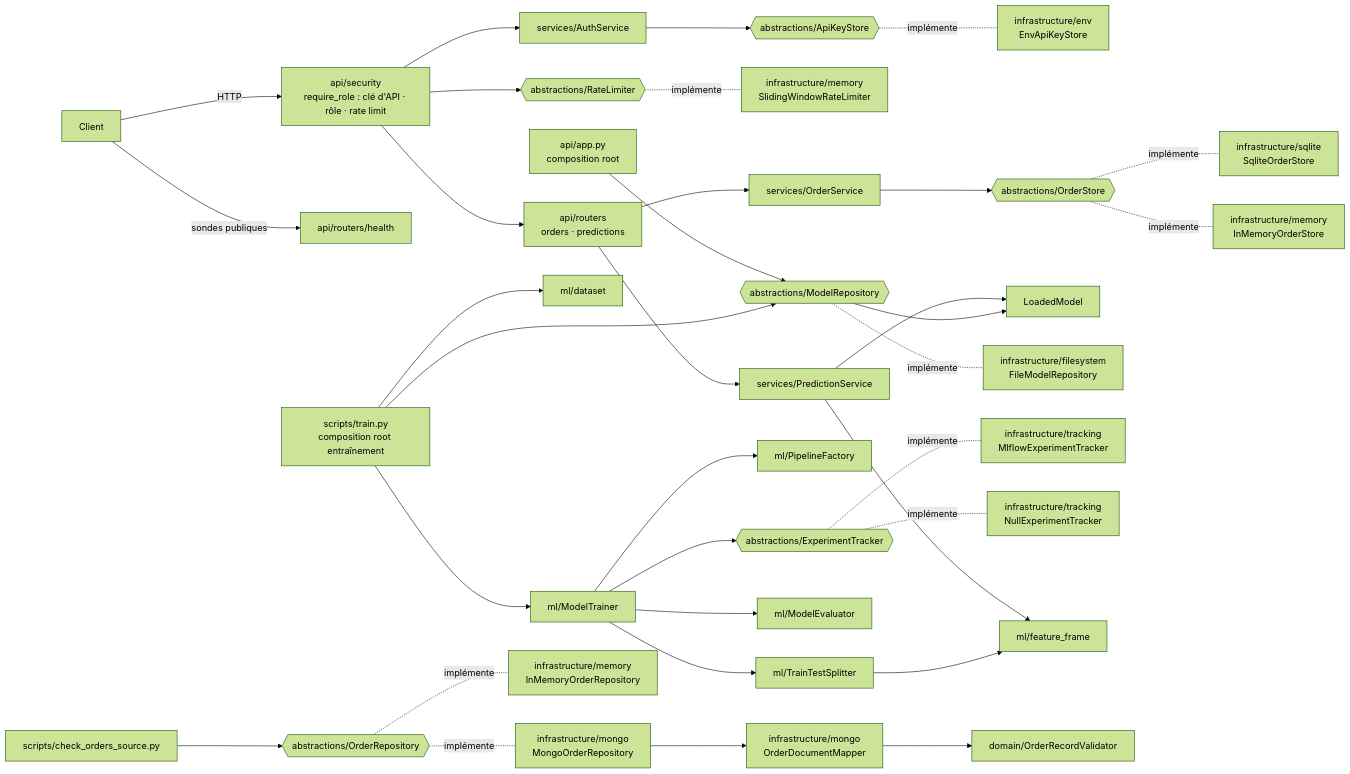
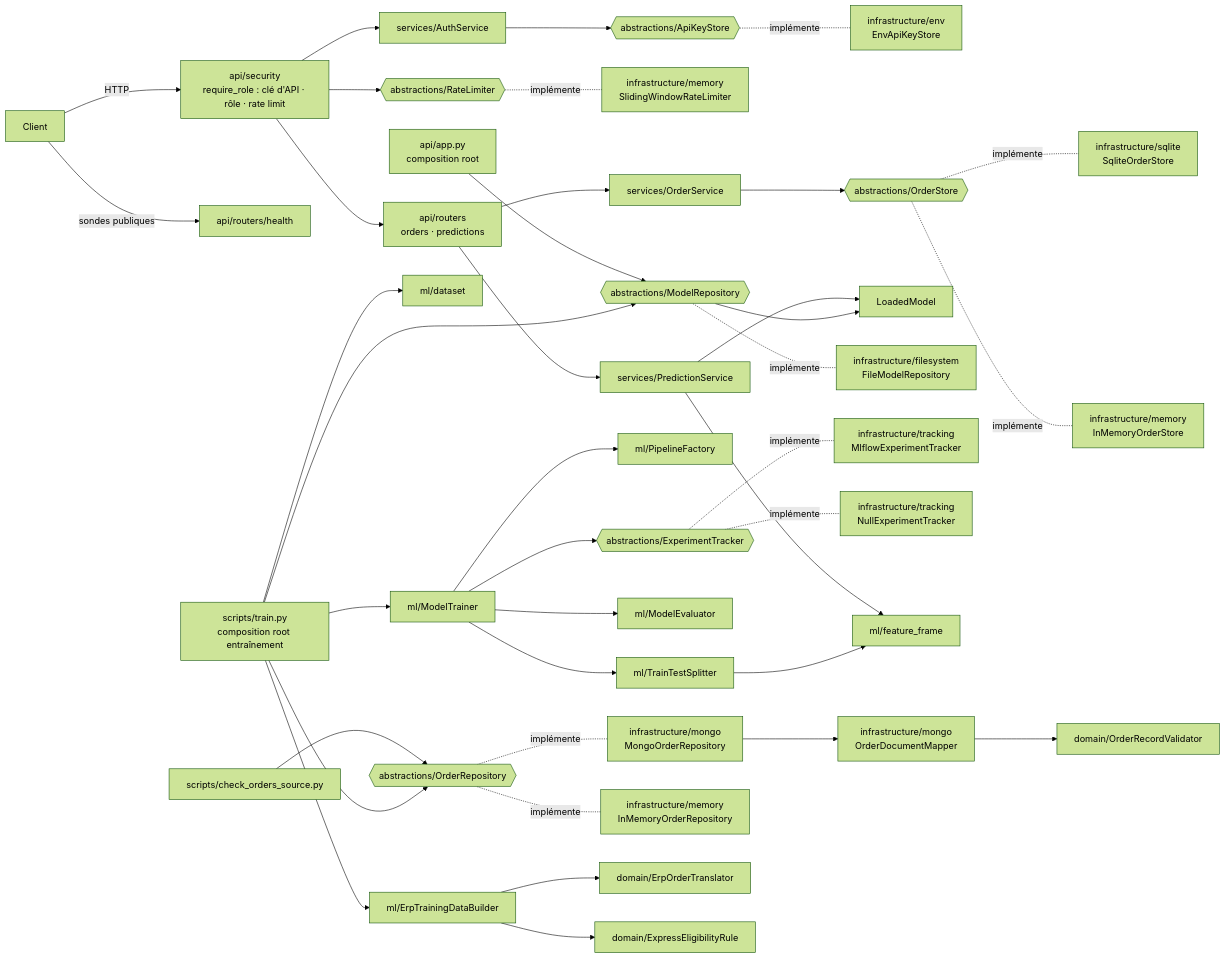
Before and after one commit to Min3r0/Industrialisation_IA_Cloud: the first of 2 diagrams in docs/architecture.md, drawn with Mermaid (forest theme). The commit also changed other lines of this file and 13 other files, not shown here.

````diff
--- a/docs/architecture.md
+++ b/docs/architecture.md
@@ -14,36 +14,40 @@
 ```mermaid
 flowchart LR
     Client -->|HTTP| SEC[api/security<br/>require_role : clé d'API · rôle · rate limit]
     Client -->|sondes publiques| H[api/routers/health]
     SEC --> API[api/routers<br/>orders · predictions]
     SEC --> AS[services/AuthService]
     AS --> KSP{{abstractions/ApiKeyStore}}
     SEC --> RLP{{abstractions/RateLimiter}}
     KSP -.implémente.- ENV[infrastructure/env<br/>EnvApiKeyStore]
     RLP -.implémente.- SW[infrastructure/memory<br/>SlidingWindowRateLimiter]
     API --> OS[services/OrderService]
     API --> PS[services/PredictionService]
     OS --> OSP{{abstractions/OrderStore}}
     PS --> LM[LoadedModel]
     APP[api/app.py<br/>composition root] --> MRP{{abstractions/ModelRepository}}
     MRP --> LM
     OSP -.implémente.- SQL[infrastructure/sqlite<br/>SqliteOrderStore]
     OSP -.implémente.- MEM[infrastructure/memory<br/>InMemoryOrderStore]
     MRP -.implémente.- FS[infrastructure/filesystem<br/>FileModelRepository]
     TRAIN[scripts/train.py<br/>composition root entraînement] --> DS[ml/dataset]
     TRAIN --> MT[ml/ModelTrainer]
     MT --> PF[ml/PipelineFactory]
     MT --> SP[ml/TrainTestSplitter]
     MT --> EV[ml/ModelEvaluator]
     MT --> ETP{{abstractions/ExperimentTracker}}
     ETP -.implémente.- MLF[infrastructure/tracking<br/>MlflowExperimentTracker]
     ETP -.implémente.- NUL[infrastructure/tracking<br/>NullExperimentTracker]
     PS --> FF[ml/feature_frame]
     SP --> FF
     TRAIN --> MRP
     CHK[scripts/check_orders_source.py] --> ORP{{abstractions/OrderRepository}}
     ORP -.implémente.- MGR[infrastructure/mongo<br/>MongoOrderRepository]
     ORP -.implémente.- MER[infrastructure/memory<br/>InMemoryOrderRepository]
     MGR --> MAP[infrastructure/mongo<br/>OrderDocumentMapper]
     MAP --> VAL[domain/OrderRecordValidator]
+    TRAIN --> ORP
+    TRAIN --> EDB[ml/ErpTrainingDataBuilder]
+    EDB --> TRL[domain/ErpOrderTranslator]
+    EDB --> RUL[domain/ExpressEligibilityRule]
 ```
````
